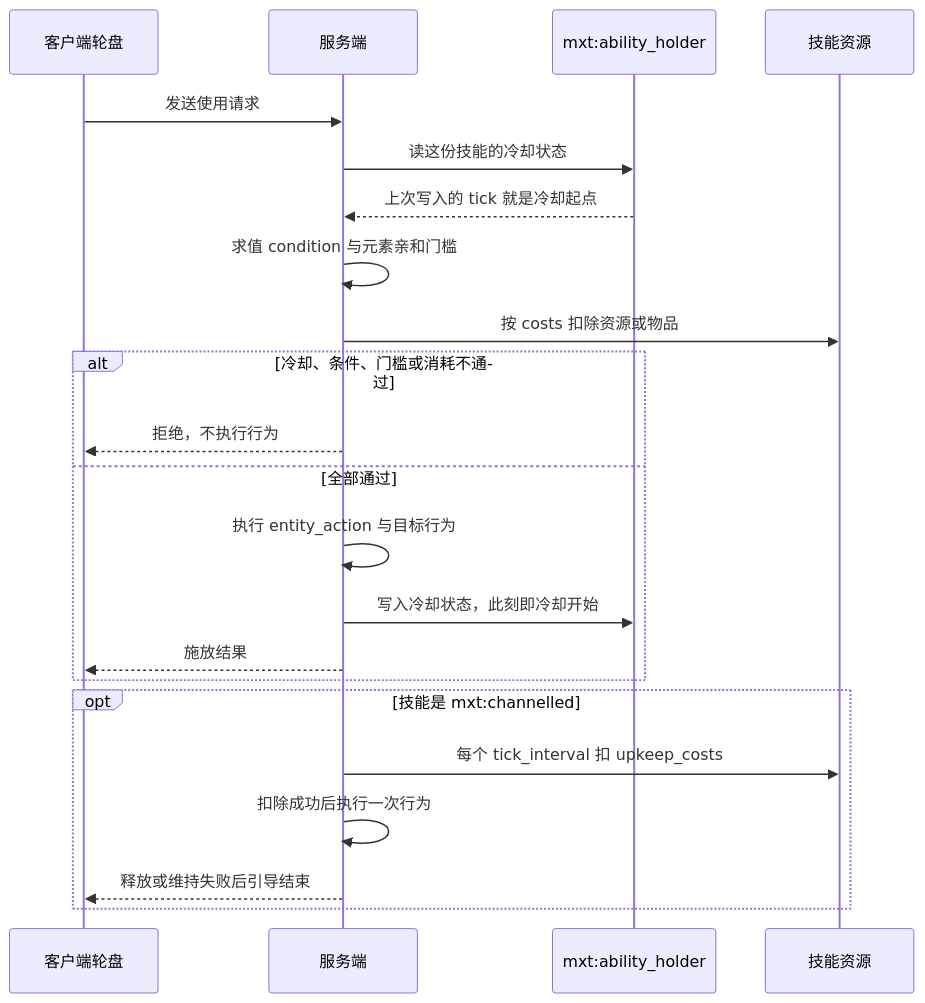
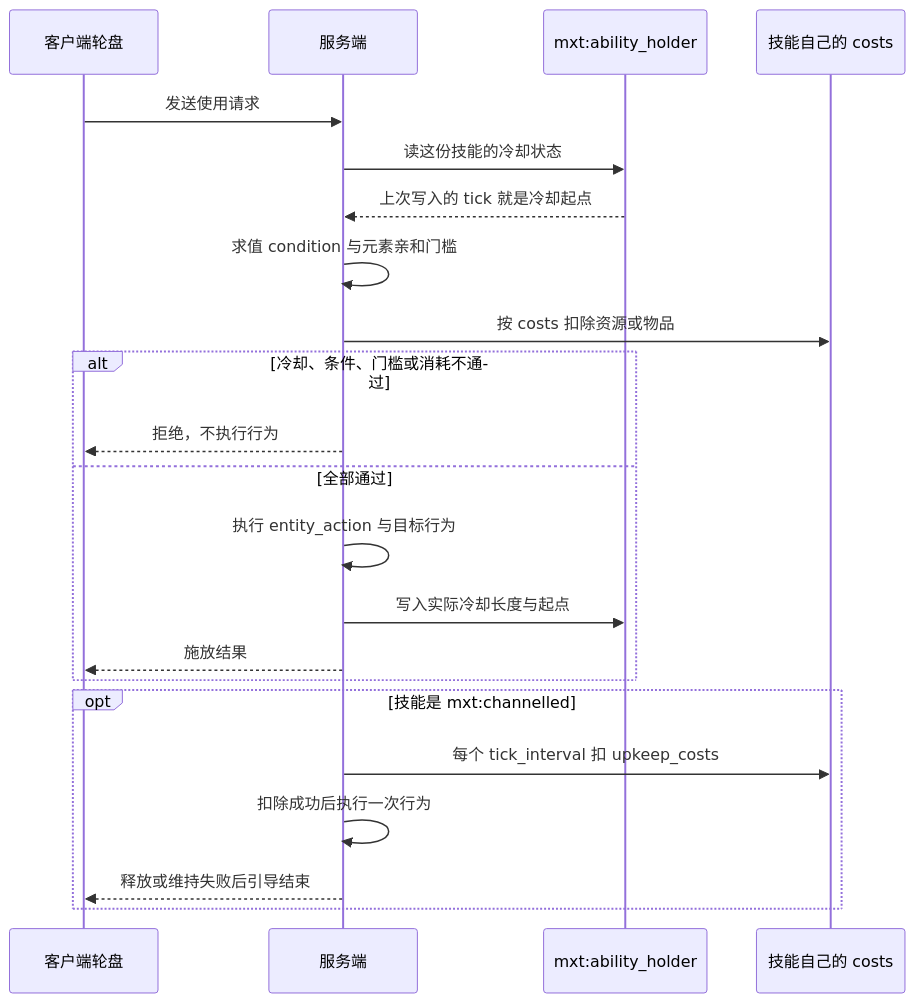
The diagram in docs/datapack/json/ability.md (IAFEnvoy/mxt-docs), drawn with Mermaid before and after one commit. The commit also changed other lines of this file and 180 other files, not shown here.

````diff
--- a/docs/datapack/json/ability.md
+++ b/docs/datapack/json/ability.md
@@ -120,25 +145,25 @@
 ```mermaid
 sequenceDiagram
     participant C as 客户端轮盘
     participant S as 服务端
     participant H as mxt:ability_holder
-    participant R as 技能资源
+    participant R as 技能自己的 costs
 
     C->>S: 发送使用请求
     S->>H: 读这份技能的冷却状态
     H-->>S: 上次写入的 tick 就是冷却起点
     S->>S: 求值 condition 与元素亲和门槛
     S->>R: 按 costs 扣除资源或物品
     alt 冷却、条件、门槛或消耗不通过
         S-->>C: 拒绝，不执行行为
     else 全部通过
         S->>S: 执行 entity_action 与目标行为
-        S->>H: 写入冷却状态，此刻即冷却开始
+        S->>H: 写入实际冷却长度与起点
         S-->>C: 施放结果
     end
     opt 技能是 mxt:channelled
         S->>R: 每个 tick_interval 扣 upkeep_costs
         S->>S: 扣除成功后执行一次行为
         S-->>C: 释放或维持失败后引导结束
     end
 ```
````
